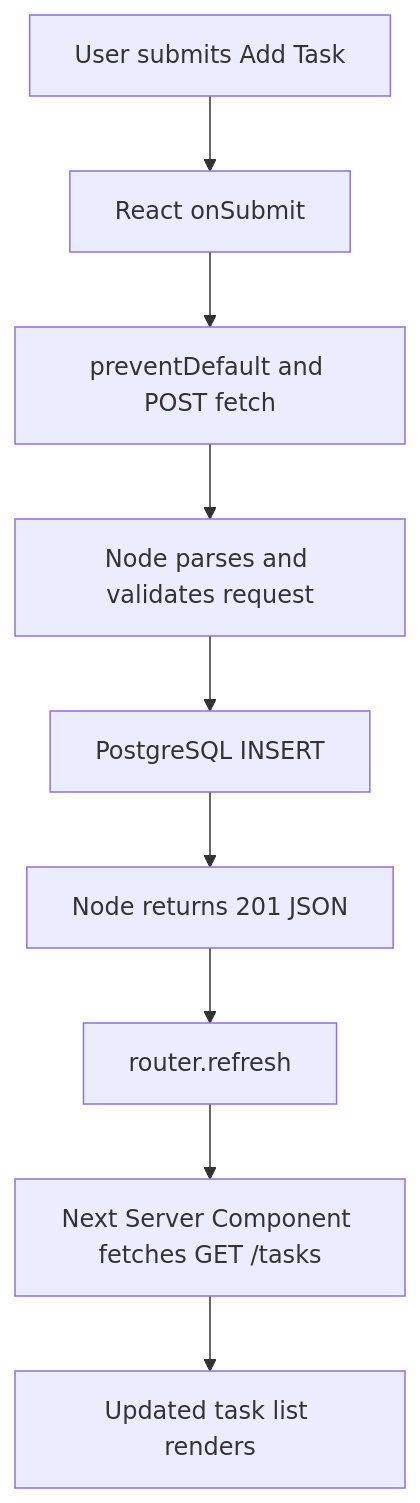
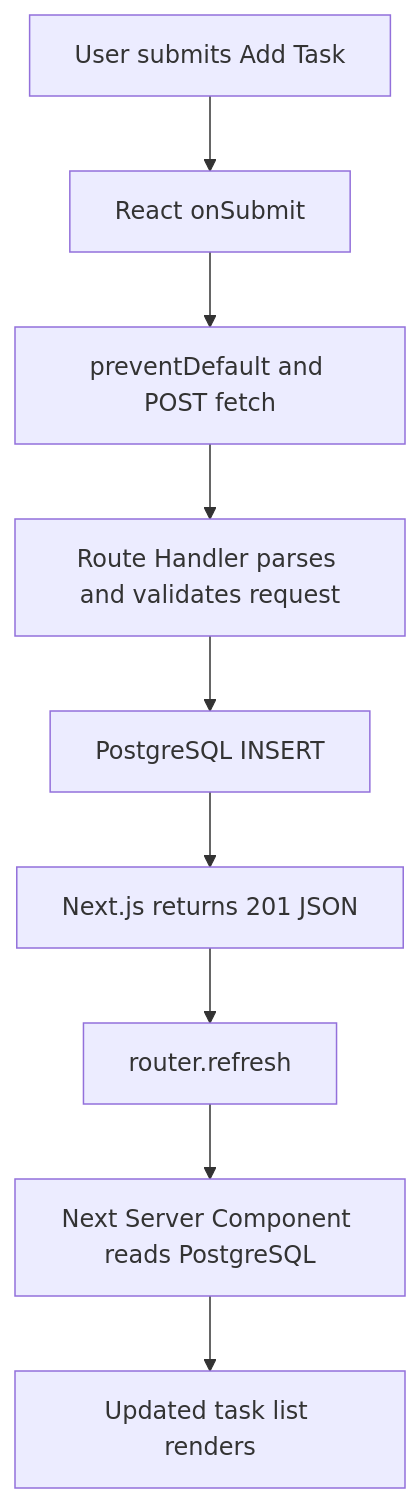
Before and after one commit to pratulsharma/minitrack: the first of 2 diagrams in lessons/day-05.md, drawn with Mermaid. The commit also changed other lines of this file and 45 other files, not shown here.

````diff
--- a/lessons/day-05.md
+++ b/lessons/day-05.md
@@ -11,11 +13,11 @@
 ```mermaid
 flowchart TD
   A[User submits Add Task] --> B[React onSubmit]
   B --> C[preventDefault and POST fetch]
-  C --> D[Node parses and validates request]
+  C --> D[Route Handler parses and validates request]
   D --> E[PostgreSQL INSERT]
-  E --> F[Node returns 201 JSON]
+  E --> F[Next.js returns 201 JSON]
   F --> G[router.refresh]
-  G --> H[Next Server Component fetches GET /tasks]
+  G --> H[Next Server Component reads PostgreSQL]
   H --> I[Updated task list renders]
 ```
````
